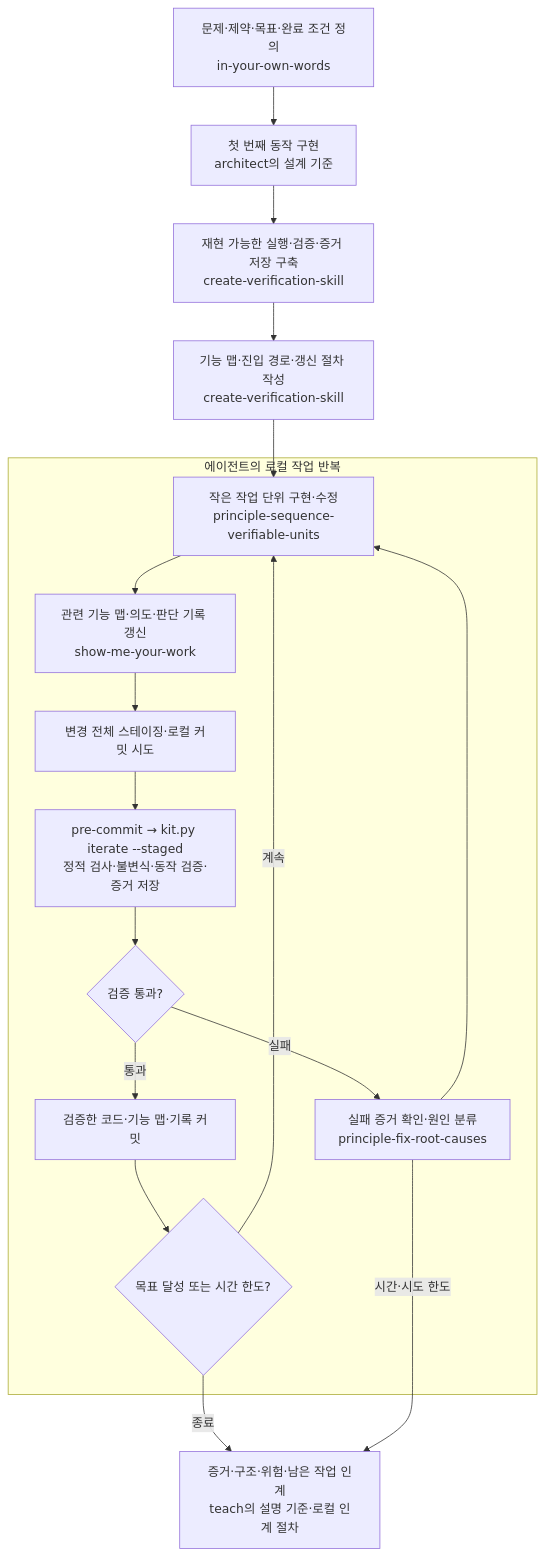
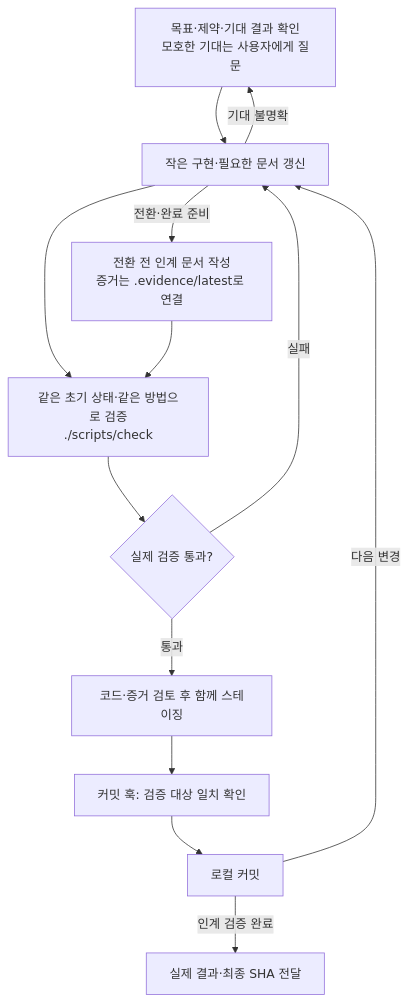
One commit to Ea3124/261031 changed the diagram in README.md. Above: the diagram before and after it, drawn with Mermaid. The commit also changed other lines of this file and 819 other files, not shown here.

```diff
--- a/README.md
+++ b/README.md
@@ -20,31 +17,20 @@
 ~~~mermaid
 flowchart TD
-    A["문제·제약·목표·완료 조건 정의<br/>in-your-own-words"]
-    B["첫 번째 동작 구현<br/>architect의 설계 기준"]
-    C["재현 가능한 실행·검증·증거 저장 구축<br/>create-verification-skill"]
-    D["기능 맵·진입 경로·갱신 절차 작성<br/>create-verification-skill"]
+    A["목표·제약·기대 결과 확인<br/>모호한 기대는 사용자에게 질문"]
+    B["작은 구현·필요한 문서 갱신"]
+    C["같은 초기 상태·같은 방법으로 검증<br/>./scripts/check"]
+    D{"실제 검증 통과?"}
+    E["코드·증거 검토 후 함께 스테이징"]
+    F["커밋 훅: 검증 대상 일치 확인"]
+    G["로컬 커밋"]
+    H["전환 전 인계 문서 작성<br/>증거는 .evidence/latest로 연결"]
+    I["실제 결과·최종 SHA 전달"]
 
     A --> B --> C --> D
-
-    subgraph LOOP["에이전트의 로컬 작업 반복"]
-        E["작은 작업 단위 구현·수정<br/>principle-sequence-verifiable-units"]
-        F["관련 기능 맵·의도·판단 기록 갱신<br/>show-me-your-work"]
-        G["변경 전체 스테이징·로컬 커밋 시도"]
-        H["pre-commit → kit.py iterate --staged<br/>정적 검사·불변식·동작 검증·증거 저장"]
-        I{"검증 통과?"}
-        J["실패 증거 확인·원인 분류<br/>principle-fix-root-causes"]
-        K["검증한 코드·기능 맵·기록 커밋"]
-        L{"목표 달성 또는 시간 한도?"}
-
-        E --> F --> G --> H --> I
-        I -->|실패| J
-        J --> E
-        I -->|통과| K
-        K --> L
-        L -->|계속| E
-    end
-
-    D --> E
-    L -->|종료| M["증거·구조·위험·남은 작업 인계<br/>teach의 설명 기준·로컬 인계 절차"]
-    J -->|시간·시도 한도| M
+    D -->|실패| B
+    D -->|통과| E --> F --> G
+    G -->|다음 변경| B
+    B -->|전환·완료 준비| H --> C
+    G -->|인계 검증 완료| I
+    B -->|기대 불명확| A
 ~~~
```
